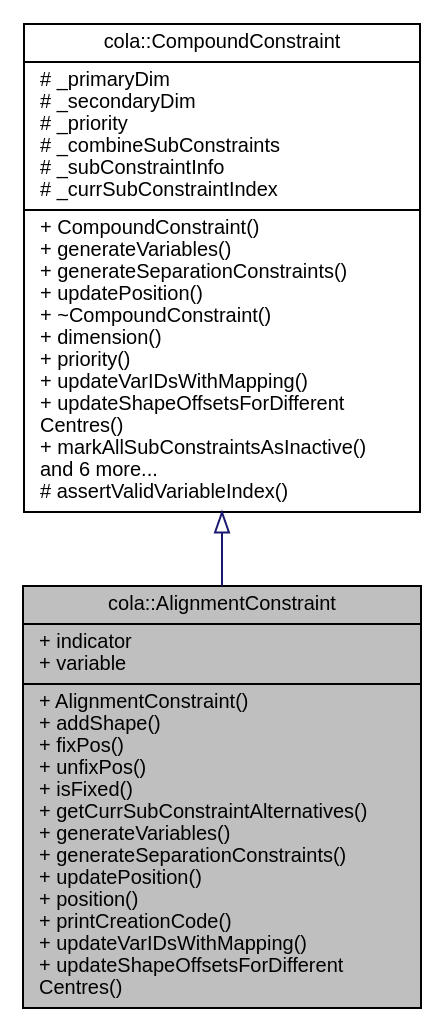
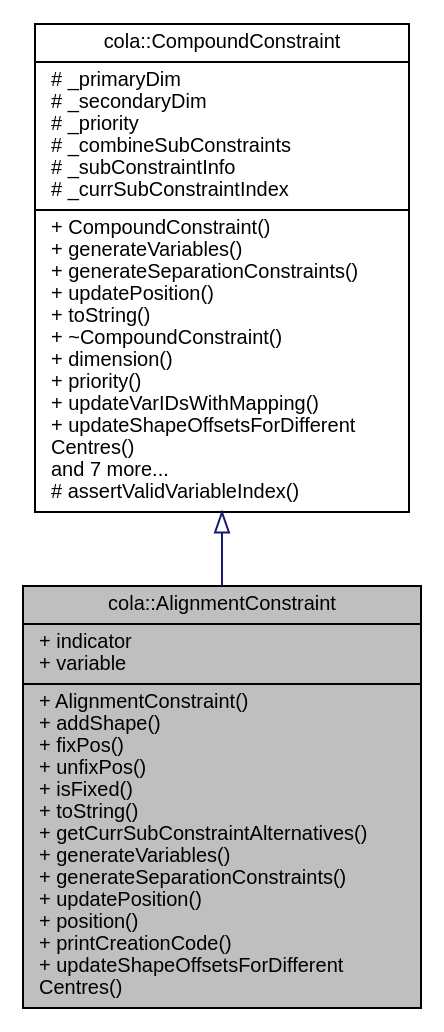
One commit to mjwybrow/adaptagrams changed the diagram in documentation/classcola_1_1AlignmentConstraint__inherit__graph.dot. Above: the diagram before and after it, drawn with Graphviz. The commit also changed 1047 other files, not shown here.

```diff
--- a/documentation/classcola_1_1AlignmentConstraint__inherit__graph.dot
+++ b/documentation/classcola_1_1AlignmentConstraint__inherit__graph.dot
@@ -1,8 +1,8 @@
 digraph "cola::AlignmentConstraint"
 {
   edge [fontname="Helvetica",fontsize="10",labelfontname="Helvetica",labelfontsize="10"];
   node [fontname="Helvetica",fontsize="10",shape=record];
-  Node1 [label="{cola::AlignmentConstraint\n|+ indicator\l+ variable\l|+ AlignmentConstraint()\l+ addShape()\l+ fixPos()\l+ unfixPos()\l+ isFixed()\l+ getCurrSubConstraintAlternatives()\l+ generateVariables()\l+ generateSeparationConstraints()\l+ updatePosition()\l+ position()\l+ printCreationCode()\l+ updateVarIDsWithMapping()\l+ updateShapeOffsetsForDifferent\lCentres()\l}",height=0.2,width=0.4,color="black", fillcolor="grey75", style="filled" fontcolor="black"];
+  Node1 [label="{cola::AlignmentConstraint\n|+ indicator\l+ variable\l|+ AlignmentConstraint()\l+ addShape()\l+ fixPos()\l+ unfixPos()\l+ isFixed()\l+ toString()\l+ getCurrSubConstraintAlternatives()\l+ generateVariables()\l+ generateSeparationConstraints()\l+ updatePosition()\l+ position()\l+ printCreationCode()\l+ updateShapeOffsetsForDifferent\lCentres()\l}",height=0.2,width=0.4,color="black", fillcolor="grey75", style="filled", fontcolor="black"];
   Node2 -> Node1 [dir="back",color="midnightblue",fontsize="10",style="solid",arrowtail="onormal",fontname="Helvetica"];
-  Node2 [label="{cola::CompoundConstraint\n|# _primaryDim\l# _secondaryDim\l# _priority\l# _combineSubConstraints\l# _subConstraintInfo\l# _currSubConstraintIndex\l|+ CompoundConstraint()\l+ generateVariables()\l+ generateSeparationConstraints()\l+ updatePosition()\l+ ~CompoundConstraint()\l+ dimension()\l+ priority()\l+ updateVarIDsWithMapping()\l+ updateShapeOffsetsForDifferent\lCentres()\l+ markAllSubConstraintsAsInactive()\land 6 more...\l# assertValidVariableIndex()\l}",height=0.2,width=0.4,color="black", fillcolor="white", style="filled",URL="$classcola_1_1CompoundConstraint.html",tooltip="An abstract base class for all high-level compound constraints."];
+  Node2 [label="{cola::CompoundConstraint\n|# _primaryDim\l# _secondaryDim\l# _priority\l# _combineSubConstraints\l# _subConstraintInfo\l# _currSubConstraintIndex\l|+ CompoundConstraint()\l+ generateVariables()\l+ generateSeparationConstraints()\l+ updatePosition()\l+ toString()\l+ ~CompoundConstraint()\l+ dimension()\l+ priority()\l+ updateVarIDsWithMapping()\l+ updateShapeOffsetsForDifferent\lCentres()\land 7 more...\l# assertValidVariableIndex()\l}",height=0.2,width=0.4,color="black", fillcolor="white", style="filled",URL="$classcola_1_1CompoundConstraint.html",tooltip="An abstract base class for all high-level compound constraints. "];
 }
```
